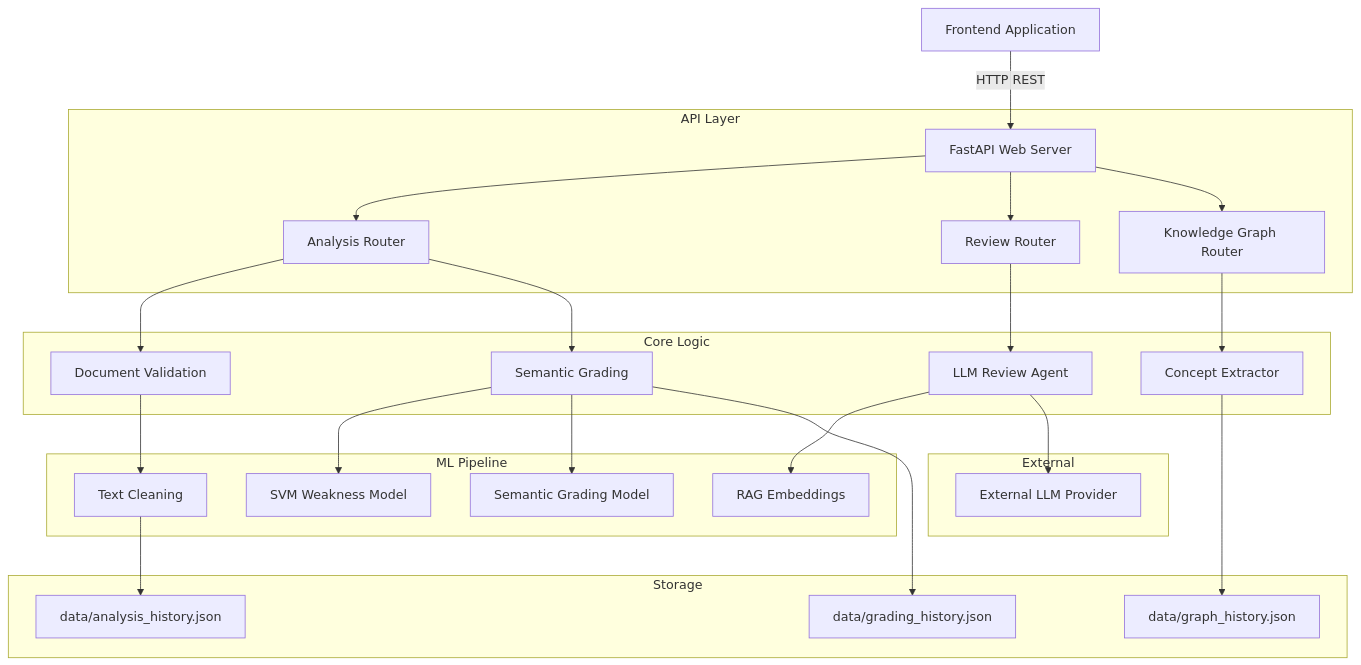
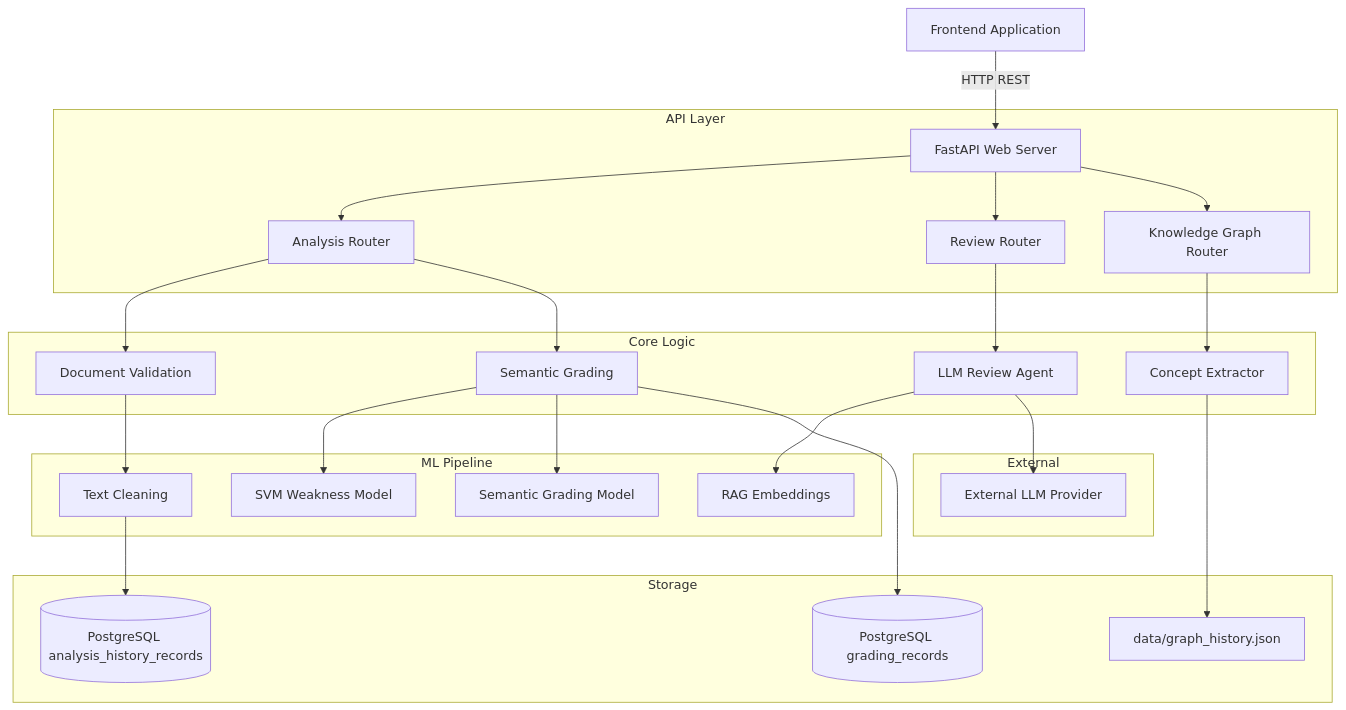
Before and after one commit to DulakshanaMalith/R26-IT-095: the first of 5 diagrams in component_quality/backend/docs/README.md, drawn with Mermaid. The commit also changed other lines of this file and 141 other files, not shown here.

````diff
--- a/component_quality/backend/docs/README.md
+++ b/component_quality/backend/docs/README.md
@@ -82,34 +82,34 @@
 ```mermaid
 graph TD
     Client[Frontend Application] -->|HTTP REST| API[FastAPI Web Server]
     
     subgraph API Layer
         API --> RouterAnalysis[Analysis Router]
         API --> RouterReview[Review Router]
         API --> RouterGraph[Knowledge Graph Router]
     end
     
     subgraph Core Logic
         RouterAnalysis --> Validation[Document Validation]
         RouterAnalysis --> GradingService[Semantic Grading]
         RouterReview --> AutonomousReview[LLM Review Agent]
         RouterGraph --> GraphExtractor[Concept Extractor]
     end
     
     subgraph ML Pipeline
         Validation --> TextProcessing[Text Cleaning]
         GradingService --> SVMModel[SVM Weakness Model]
         GradingService --> SemGrading[Semantic Grading Model]
         AutonomousReview --> RAG[RAG Embeddings]
     end
     
     subgraph Storage
-        TextProcessing --> History[data/analysis_history.json]
-        GradingService --> GradingHist[data/grading_history.json]
+        TextProcessing --> History[(PostgreSQL analysis_history_records)]
+        GradingService --> GradingHist[(PostgreSQL grading_records)]
         GraphExtractor --> GraphHist[data/graph_history.json]
     end
     
     subgraph External
         AutonomousReview --> LLM[External LLM Provider]
     end
 ```
````
